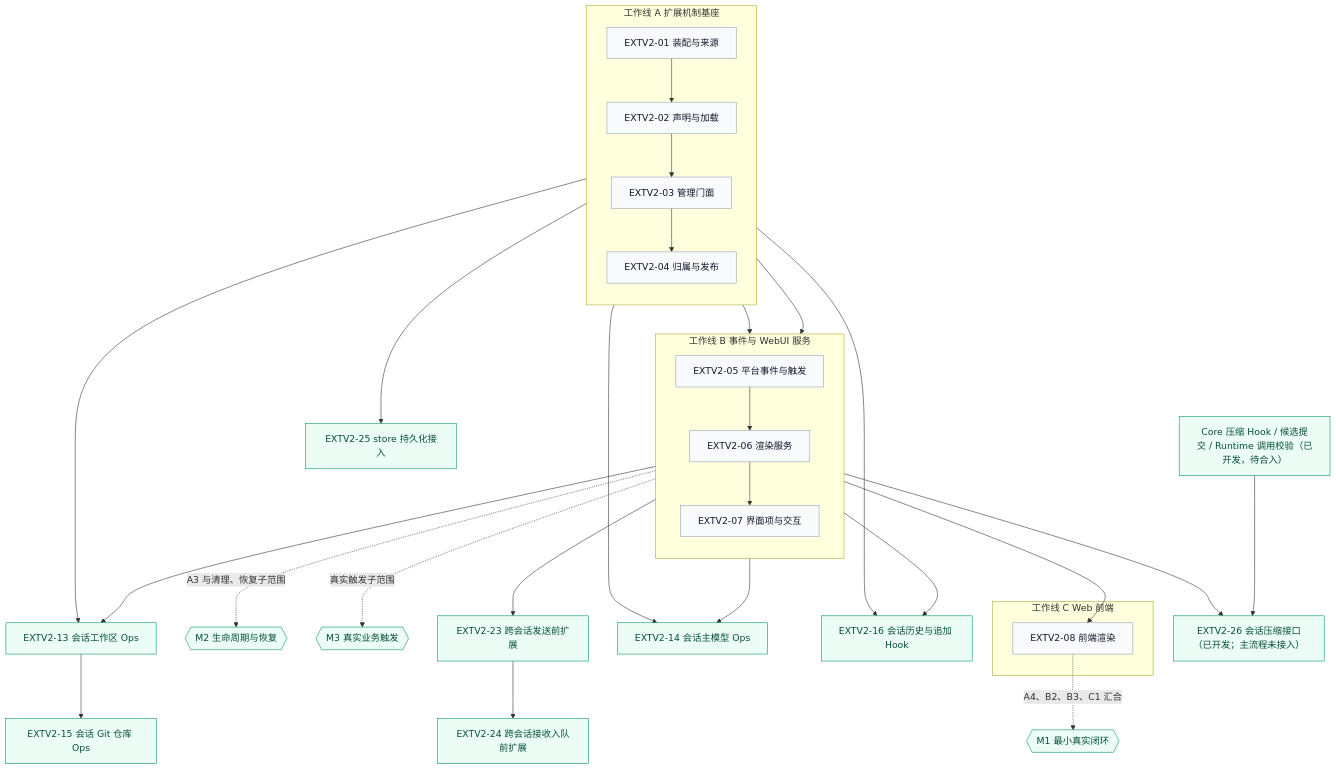
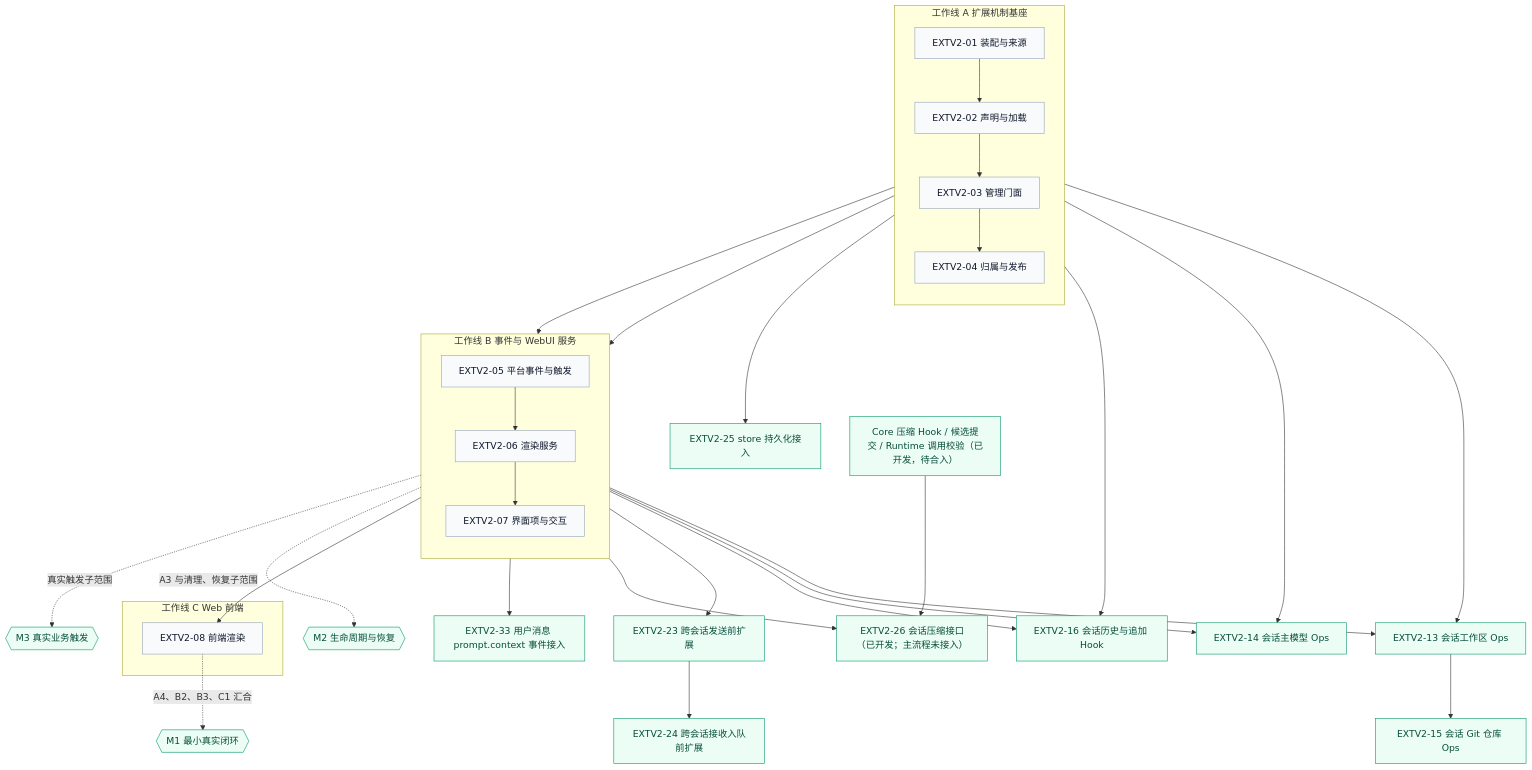
The first of 2 diagrams in jiuwenswarm/extensions_v2/docs/designs/extensions-v2-development-plan.md (openJiuwen-ai/jiuwenswarm), drawn with Mermaid before and after one commit. The commit also changed other lines of this file and 9 other files, not shown here.

````diff
--- a/jiuwenswarm/extensions_v2/docs/designs/extensions-v2-development-plan.md
+++ b/jiuwenswarm/extensions_v2/docs/designs/extensions-v2-development-plan.md
@@ -465,51 +472,52 @@
 ```mermaid
 flowchart TB
     subgraph WA["工作线 A 扩展机制基座"]
         direction TB
         A1["EXTV2-01 装配与来源"] --> A2["EXTV2-02 声明与加载"]
         A2 --> A3["EXTV2-03 管理门面"]
         A3 --> A4["EXTV2-04 归属与发布"]
     end
 
     subgraph WB["工作线 B 事件与 WebUI 服务"]
         direction TB
         B1["EXTV2-05 平台事件与触发"] --> B2["EXTV2-06 渲染服务"]
         B2 --> B3["EXTV2-07 界面项与交互"]
     end
 
     subgraph WC["工作线 C Web 前端"]
         C1["EXTV2-08 前端渲染"]
     end
 
     M1{{"M1 最小真实闭环"}}
     M2{{"M2 生命周期与恢复"}}
     M3{{"M3 真实业务触发"}}
 
     WA ~~~ WB
     WB ~~~ WC
 
     A1 --> B1
     A1 --> S13["EXTV2-13 会话工作区 Ops"]
     B1 --> S13
     A1 --> S14["EXTV2-14 会话主模型 Ops"]
     B1 --> S14
     S13 --> S15["EXTV2-15 会话 Git 仓库 Ops"]
     A1 --> S16["EXTV2-16 会话历史与追加 Hook"]
     B1 --> S16
     B1 --> S23["EXTV2-23 跨会话发送前扩展"]
     S23 --> S24["EXTV2-24 跨会话接收入队前扩展"]
     A3 --> S25["EXTV2-25 store 持久化接入"]
     CORE_COMPACT["Core 压缩 Hook / 候选提交 / Runtime 调用校验（已开发，待合入）"] --> S26["EXTV2-26 会话压缩接口（已开发；主流程未接入）"]
     B1 --> S26
+    B1 --> S33["EXTV2-33 用户消息 prompt.context 事件接入"]
     A4 --> B3
     B3 --> C1
 
     C1 -.->|"A4、B2、B3、C1 汇合"| M1
     B3 -.->|"A3 与清理、恢复子范围"| M2
     B1 -.->|"真实触发子范围"| M3
 
     classDef item fill:#f8fafc,stroke:#94a3b8,color:#0f172a;
     classDef node fill:#ecfdf5,stroke:#059669,color:#064e3b;
     class A1,A2,A3,A4,B1,B2,B3,C1 item;
     class M1,M2,M3 node;
 ```
````
